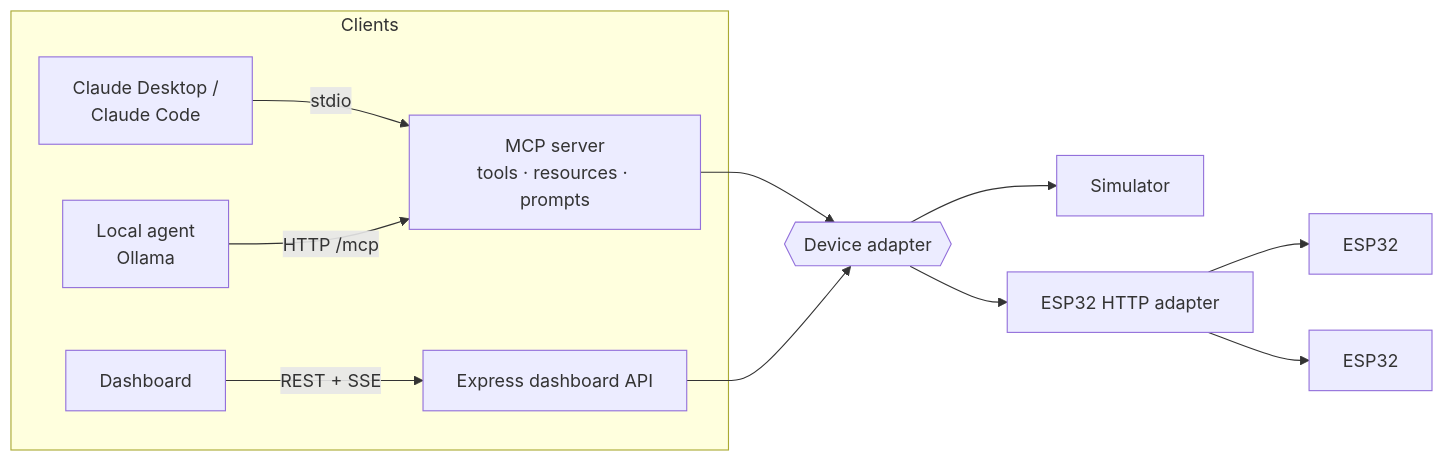
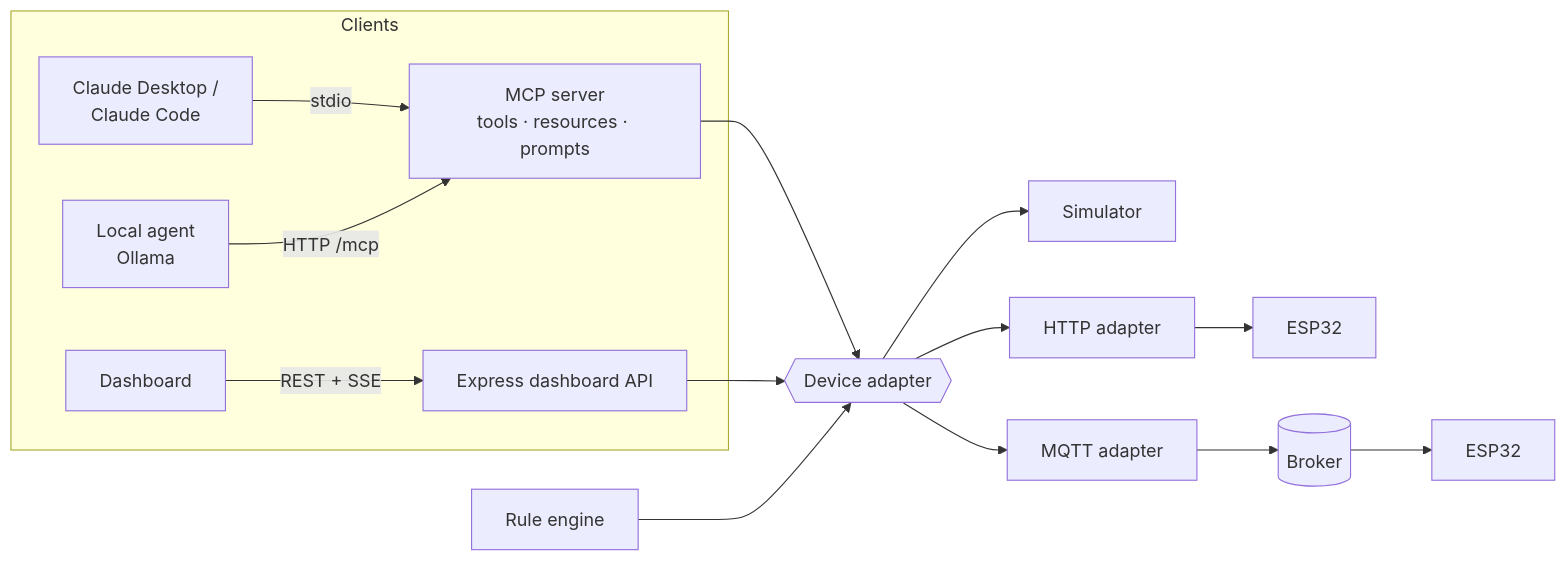
One commit to sfs1109756/iot-mcp-server changed the diagram in README.md. Above: the diagram before and after it, drawn with Mermaid. The commit also changed other lines of this file and 1 other file, not shown here.

````diff
--- a/README.md
+++ b/README.md
@@ -24,12 +29,14 @@
 ```mermaid
 flowchart LR
   subgraph Clients
     CD[Claude Desktop /<br/>Claude Code] -- stdio --> S
     AG[Local agent<br/>Ollama] -- HTTP /mcp --> S
     UI[Dashboard] -- REST + SSE --> D
   end
   S[MCP server<br/>tools · resources · prompts] --> A
   D[Express dashboard API] --> A
+  R[Rule engine] --> A
   A{{Device adapter}} --> SIM[Simulator]
-  A --> HTTP[ESP32 HTTP adapter] --> E1[ESP32] & E2[ESP32]
+  A --> HTTP[HTTP adapter] --> E1[ESP32]
+  A --> MQ[MQTT adapter] --> B[(Broker)] --> E2[ESP32]
 ```
````
